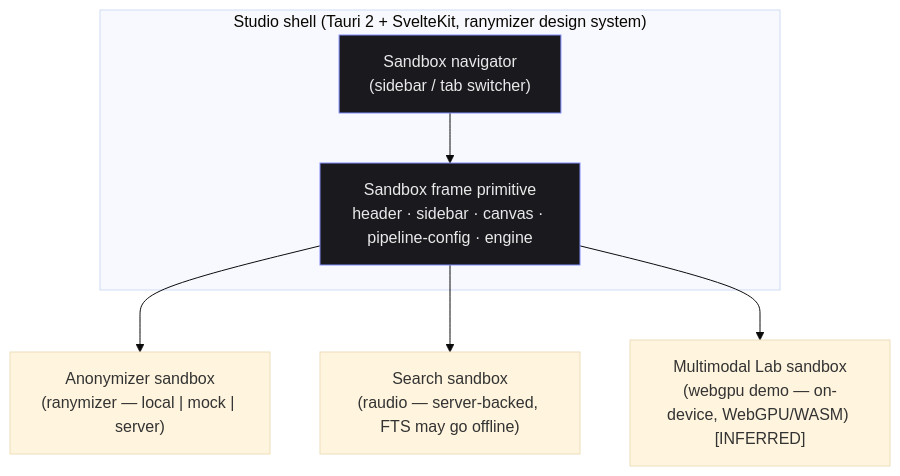
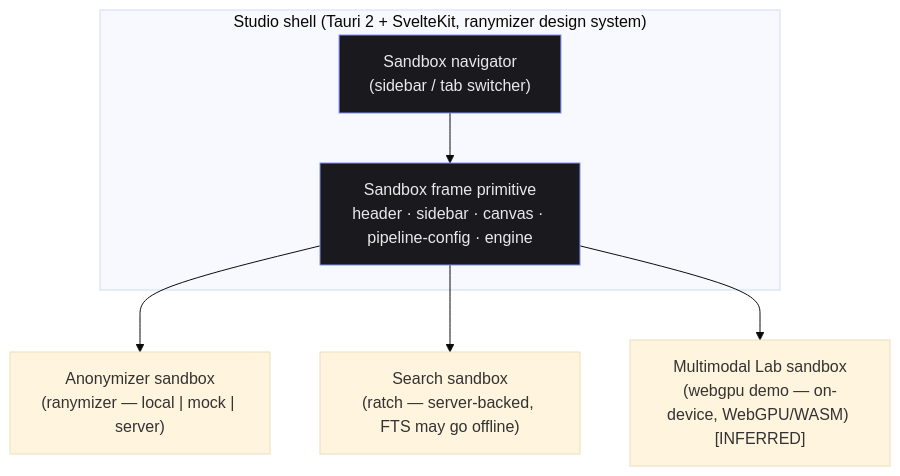
One commit to Borg93/lance-audio-demo changed the first of 5 diagrams in docs/STUDIO_MERGE.md. Above: the diagram before and after it, drawn with Mermaid (base theme). The commit also changed other lines of this file and 191 other files, not shown here.

````diff
--- a/docs/STUDIO_MERGE.md
+++ b/docs/STUDIO_MERGE.md
@@ -34,15 +34,15 @@
 ```mermaid
 flowchart TB
     subgraph STUDIO["Studio shell (Tauri 2 + SvelteKit, ranymizer design system)"]
         NAV["Sandbox navigator<br/>(sidebar / tab switcher)"]
         FRAME["Sandbox frame primitive<br/>header · sidebar · canvas · pipeline-config · engine"]
         NAV --> FRAME
     end
 
     FRAME --> SB1["Anonymizer sandbox<br/>(ranymizer — local | mock | server)"]
-    FRAME --> SB2["Search sandbox<br/>(raudio — server-backed, FTS may go offline)"]
+    FRAME --> SB2["Search sandbox<br/>(ratch — server-backed, FTS may go offline)"]
     FRAME --> SB3["Multimodal Lab sandbox<br/>(webgpu demo — on-device, WebGPU/WASM) [INFERRED]"]
 
     classDef shell fill:#1a1a1e,stroke:#818cf8,color:#e9e9ea;
     class NAV,FRAME shell;
 ```
````
